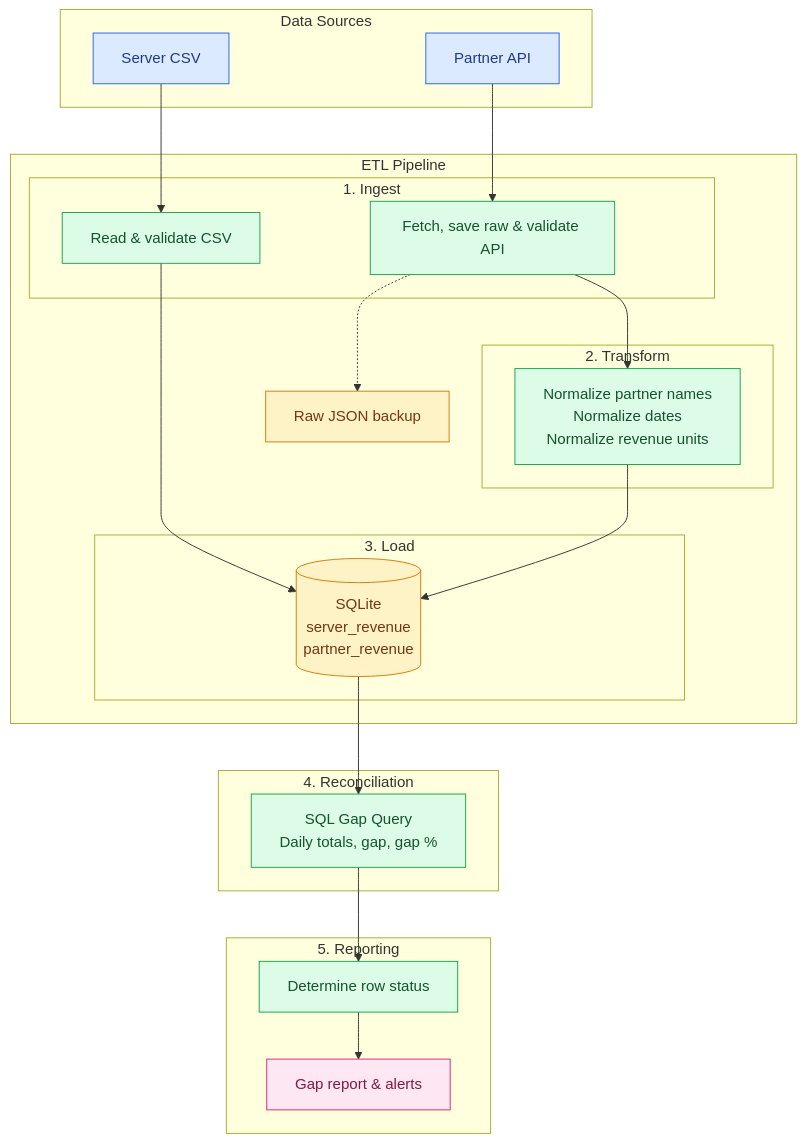
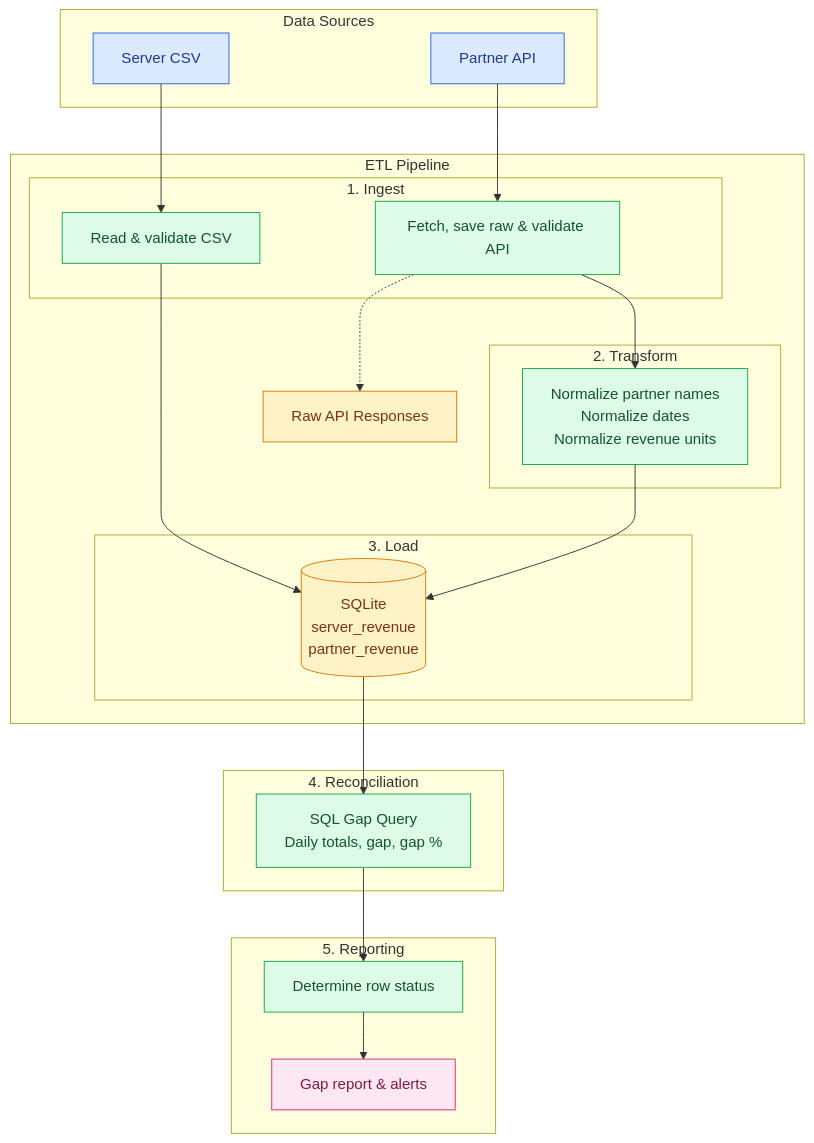
Before and after one commit to BarLarrea/programmaticx-reconciliation: the diagram in README.md, drawn with Mermaid. The commit also changed other lines of this file, not shown here.

````diff
--- a/README.md
+++ b/README.md
@@ -105,54 +104,54 @@
 ```mermaid
 flowchart TD
     subgraph SRC["Data Sources"]
         CSV["Server CSV"]
         API["Partner API"]
     end
 
     subgraph ETL["ETL Pipeline"]
         subgraph ING["1. Ingest"]
             IC["Read & validate CSV"]
             IA["Fetch, save raw & validate API"]
         end
 
-        RAW["Raw JSON backup"]
+        RAW["Raw API Responses"]
 
         subgraph TR["2. Transform"]
             T["Normalize partner names<br/>Normalize dates<br/>Normalize revenue units"]
         end
 
         subgraph LD["3. Load"]
             DB[("SQLite<br/>server_revenue<br/>partner_revenue")]
         end
 
         IC --> DB
         IA -.-> RAW
         IA --> T
         T --> DB
     end
 
     subgraph REC["4. Reconciliation"]
         G["SQL Gap Query<br/>Daily totals, gap, gap %"]
     end
 
     subgraph REP["5. Reporting"]
         S["Determine row status"]
         R["Gap report & alerts"]
         S --> R
     end
 
     CSV --> IC
     API --> IA
     DB --> G
     G --> S
 
     classDef source fill:#dbeafe,stroke:#2563eb,color:#1e3a8a
     classDef step fill:#dcfce7,stroke:#16a34a,color:#14532d
     classDef store fill:#fef3c7,stroke:#d97706,color:#78350f
     classDef output fill:#fce7f3,stroke:#db2777,color:#831843
 
     class CSV,API source
     class IC,IA,T,G,S step
     class RAW,DB store
     class R output
 ```
````
